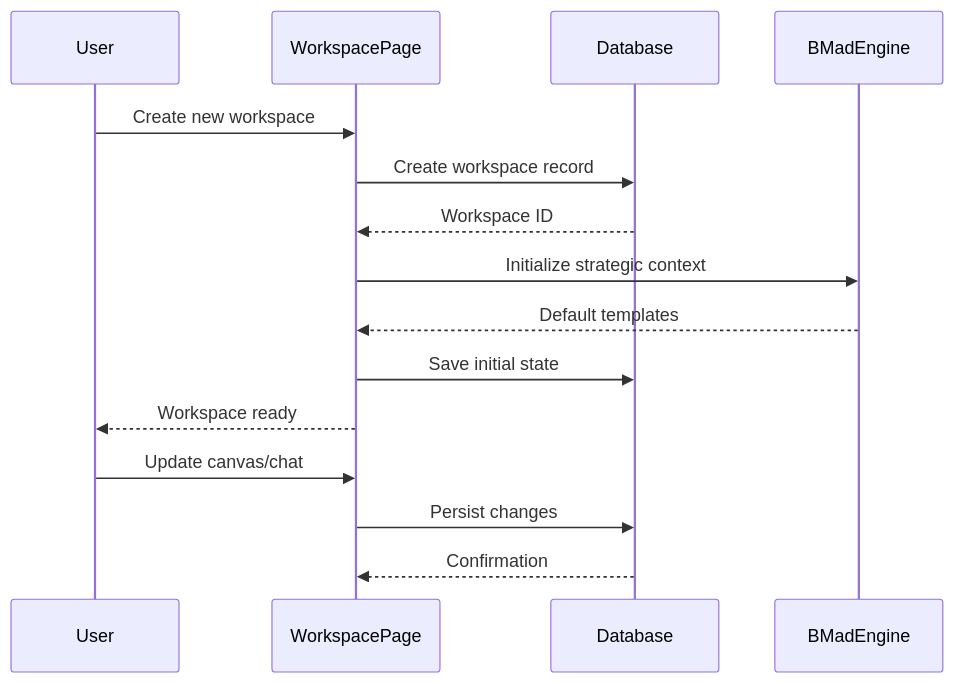
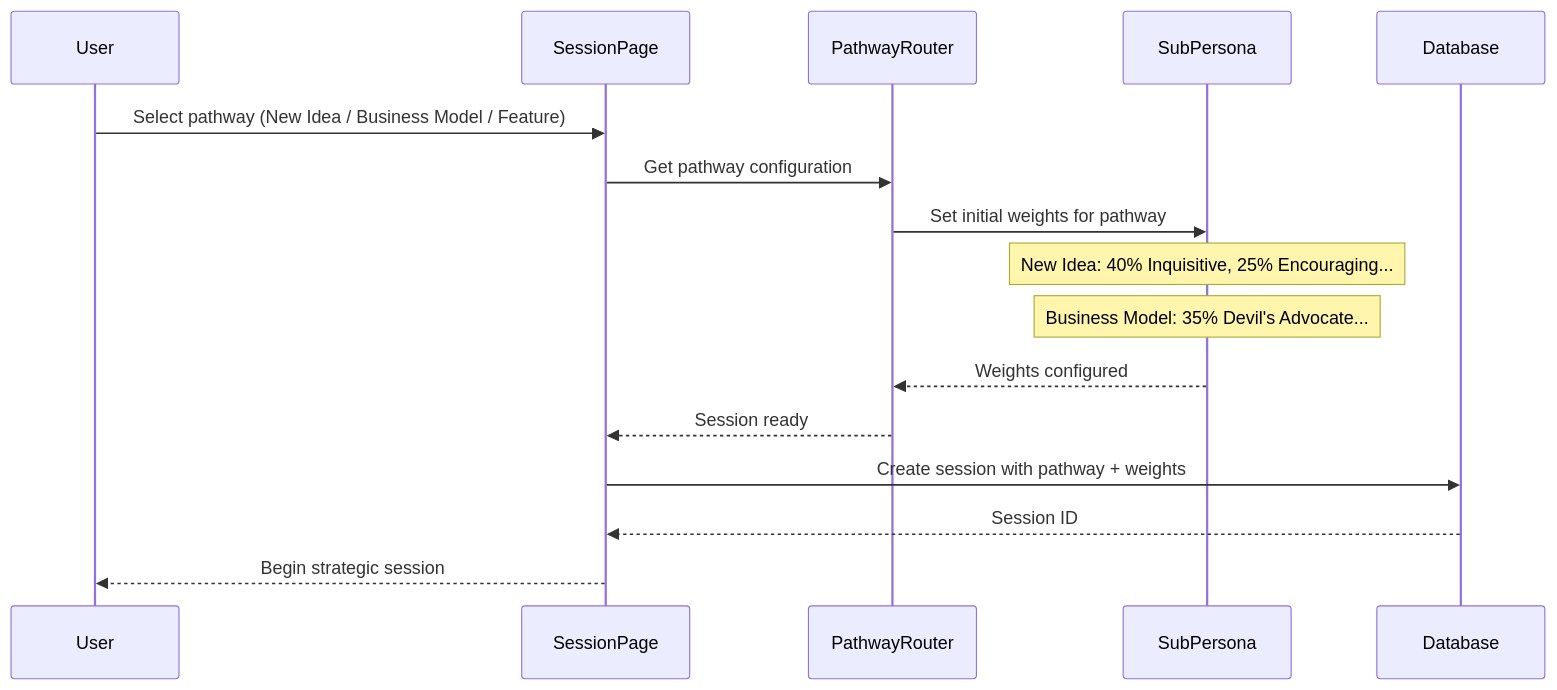
One commit to hollandkevint/ideally changed the second of 3 diagrams in docs/architecture/core-workflows.md. Above: the diagram before and after it, drawn with Mermaid. The commit also changed other lines of this file and 27 other files, not shown here.

````diff
--- a/docs/architecture/core-workflows.md
+++ b/docs/architecture/core-workflows.md
@@ -32,21 +34,23 @@
 ```mermaid
 sequenceDiagram
     participant User
-    participant WorkspacePage
+    participant SessionPage
+    participant PathwayRouter
+    participant SubPersona
     participant Database
-    participant BMadEngine
-    
-    User->>WorkspacePage: Create new workspace
-    WorkspacePage->>Database: Create workspace record
-    Database-->>WorkspacePage: Workspace ID
-    
-    WorkspacePage->>BMadEngine: Initialize strategic context
-    BMadEngine-->>WorkspacePage: Default templates
-    
-    WorkspacePage->>Database: Save initial state
-    WorkspacePage-->>User: Workspace ready
-    
-    User->>WorkspacePage: Update canvas/chat
-    WorkspacePage->>Database: Persist changes
-    Database-->>WorkspacePage: Confirmation
+
+    User->>SessionPage: Select pathway (New Idea / Business Model / Feature)
+    SessionPage->>PathwayRouter: Get pathway configuration
+
+    PathwayRouter->>SubPersona: Set initial weights for pathway
+    Note over SubPersona: New Idea: 40% Inquisitive, 25% Encouraging...
+    Note over SubPersona: Business Model: 35% Devil's Advocate...
+
+    SubPersona-->>PathwayRouter: Weights configured
+    PathwayRouter-->>SessionPage: Session ready
+
+    SessionPage->>Database: Create session with pathway + weights
+    Database-->>SessionPage: Session ID
+
+    SessionPage-->>User: Begin strategic session
 ```
````
